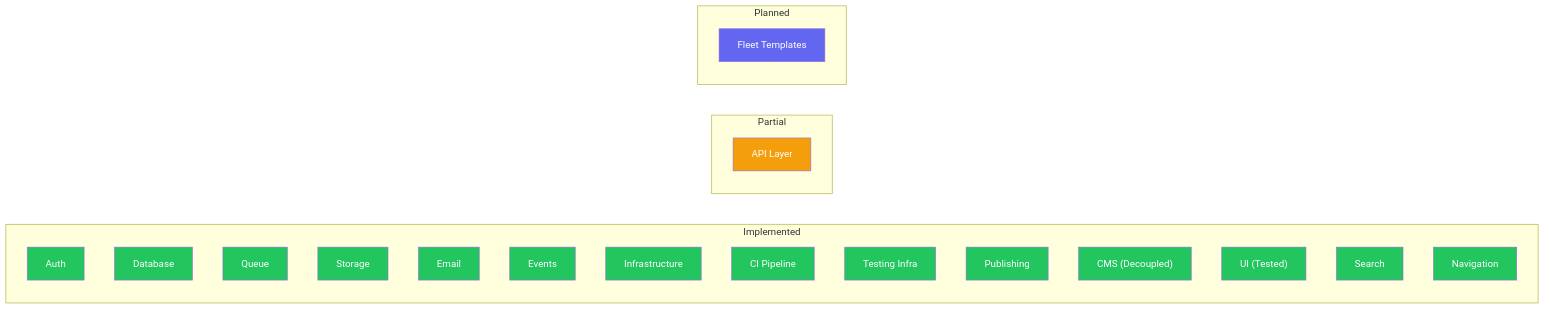
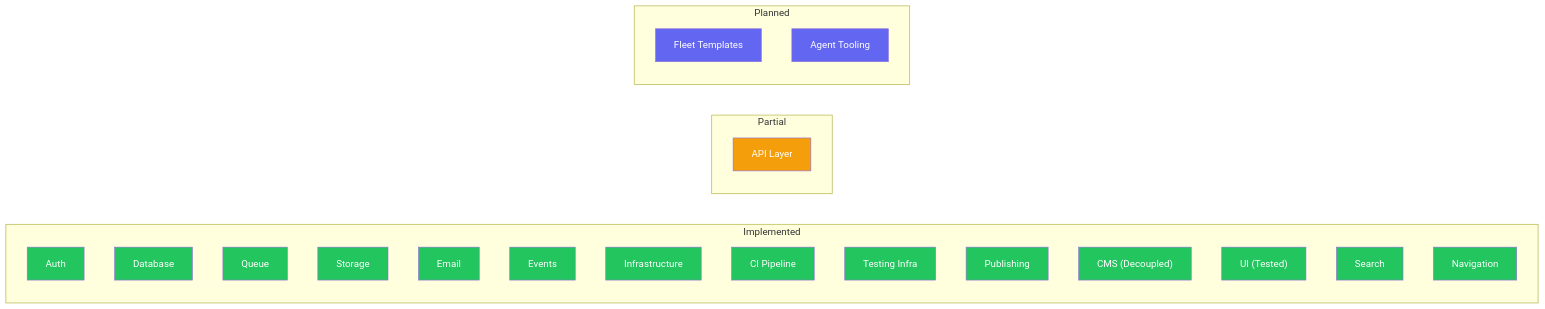
Before and after one commit to jbejenar/ripple-next: the first of 6 diagrams in docs/product-roadmap/README.md, drawn with Mermaid. The commit also changed other lines of this file and 7 other files, not shown here.

First line of the commit message:
docs: advance roadmap to v5.0.0 with AI-first workflow strategy (ADR-018)

````diff
--- a/docs/product-roadmap/README.md
+++ b/docs/product-roadmap/README.md
@@ -52,42 +75,44 @@
 ```mermaid
 graph LR
     subgraph Implemented
         AUTH[Auth]
         DB[Database]
         QUEUE[Queue]
         STORAGE[Storage]
         EMAIL[Email]
         EVENTS[Events]
         INFRA[Infrastructure]
         CI[CI Pipeline]
         TEST[Testing Infra]
         PUB[Publishing]
         CMS["CMS (Decoupled)"]
         UI["UI (Tested)"]
         SEARCH[Search]
         NAV[Navigation]
     end
     subgraph Partial
         API[API Layer]
     end
     subgraph Planned
         FLEET[Fleet Templates]
+        AGENT_DX[Agent Tooling]
     end
 
     style AUTH fill:#22c55e,color:#fff
     style DB fill:#22c55e,color:#fff
     style QUEUE fill:#22c55e,color:#fff
     style STORAGE fill:#22c55e,color:#fff
     style EMAIL fill:#22c55e,color:#fff
     style EVENTS fill:#22c55e,color:#fff
     style INFRA fill:#22c55e,color:#fff
     style CI fill:#22c55e,color:#fff
     style TEST fill:#22c55e,color:#fff
     style PUB fill:#22c55e,color:#fff
     style CMS fill:#22c55e,color:#fff
     style UI fill:#22c55e,color:#fff
     style SEARCH fill:#22c55e,color:#fff
     style NAV fill:#22c55e,color:#fff
     style API fill:#f59e0b,color:#fff
     style FLEET fill:#6366f1,color:#fff
+    style AGENT_DX fill:#6366f1,color:#fff
 ```
````
